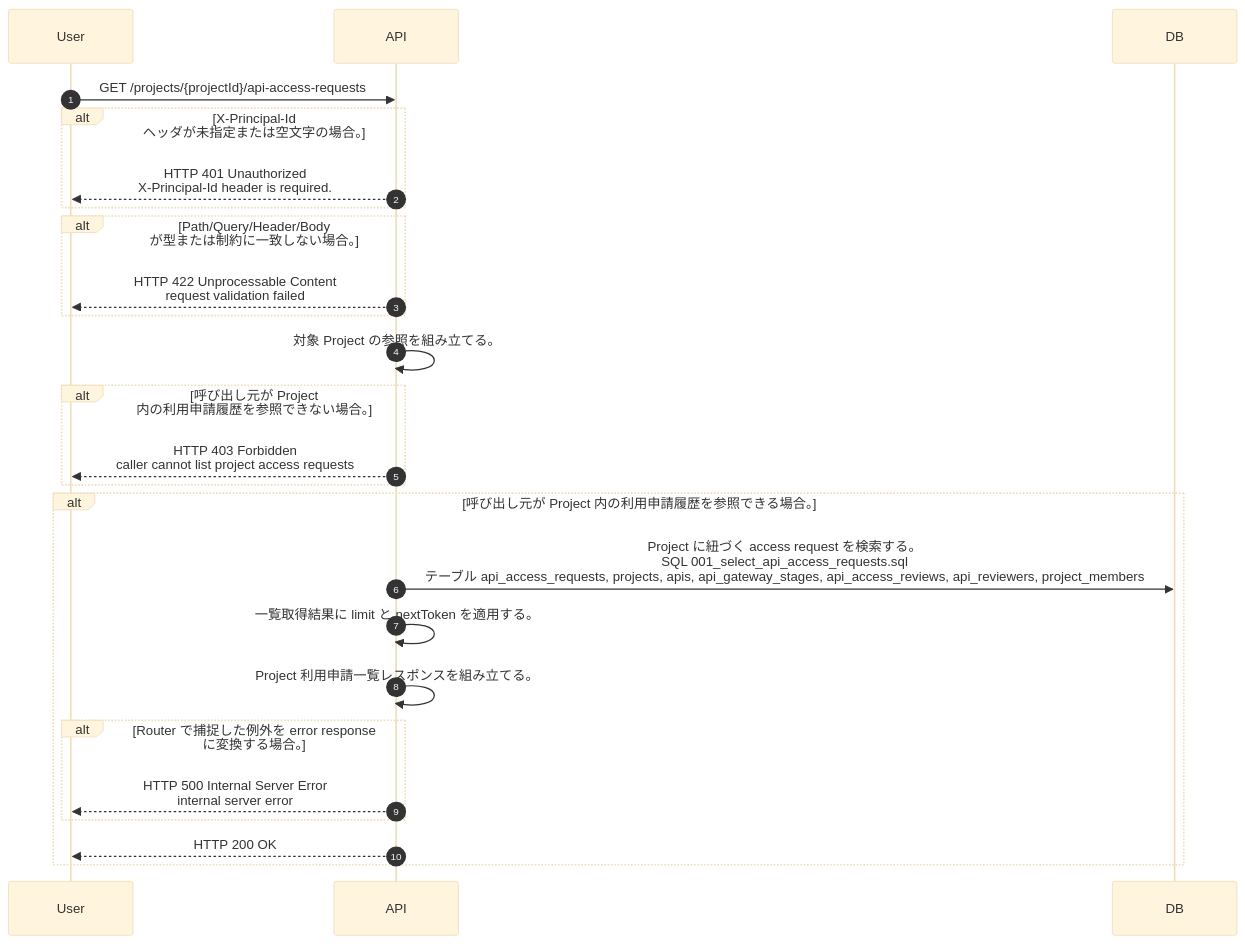
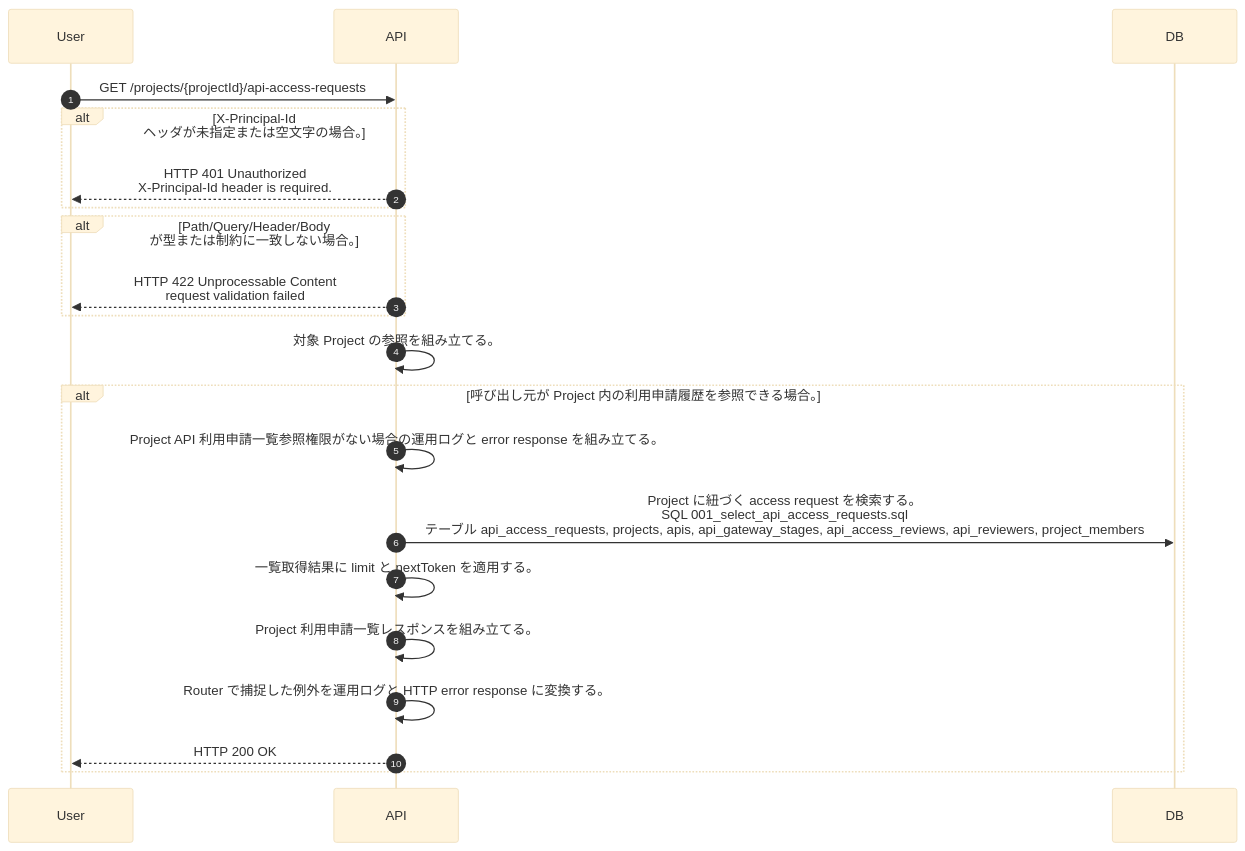
One commit to tsuji-tomonori/lazunex changed the diagram in docs/spec/40.apis/projects/list_project_api_access_requests/sequence_gen.md. Above: the diagram before and after it, drawn with Mermaid (base theme). The commit also changed 107 other files, not shown here.

````diff
--- a/docs/spec/40.apis/projects/list_project_api_access_requests/sequence_gen.md
+++ b/docs/spec/40.apis/projects/list_project_api_access_requests/sequence_gen.md
@@ -5,27 +5,23 @@
 ```mermaid
 sequenceDiagram
   autonumber
   participant User as User
   participant API as API
   participant DB as DB
   User->>API: GET /projects/{projectId}/api-access-requests
   alt X-Principal-Id ヘッダが未指定または空文字の場合。
     API-->>User: HTTP 401 Unauthorized<br/>X-Principal-Id header is required.
   end
   alt Path/Query/Header/Body が型または制約に一致しない場合。
     API-->>User: HTTP 422 Unprocessable Content<br/>request validation failed
   end
   API->>API: 対象 Project の参照を組み立てる。
-  alt 呼び出し元が Project 内の利用申請履歴を参照できない場合。
-    API-->>User: HTTP 403 Forbidden<br/>caller cannot list project access requests
-  end
   alt 呼び出し元が Project 内の利用申請履歴を参照できる場合。
+    API->>API: Project API 利用申請一覧参照権限がない場合の運用ログと error response を組み立てる。
     API->>DB: Project に紐づく access request を検索する。<br/>SQL 001_select_api_access_requests.sql<br/>テーブル api_access_requests, projects, apis, api_gateway_stages, api_access_reviews, api_reviewers, project_members
     API->>API: 一覧取得結果に limit と nextToken を適用する。
     API->>API: Project 利用申請一覧レスポンスを組み立てる。
-    alt Router で捕捉した例外を error response に変換する場合。
-      API-->>User: HTTP 500 Internal Server Error<br/>internal server error
-    end
+    API->>API: Router で捕捉した例外を運用ログと HTTP error response に変換する。
     API-->>User: HTTP 200 OK
   end
 ```
````
